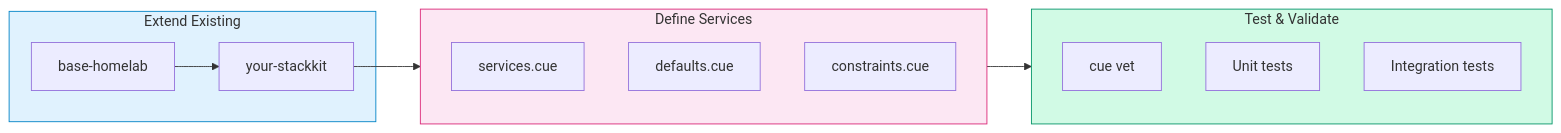
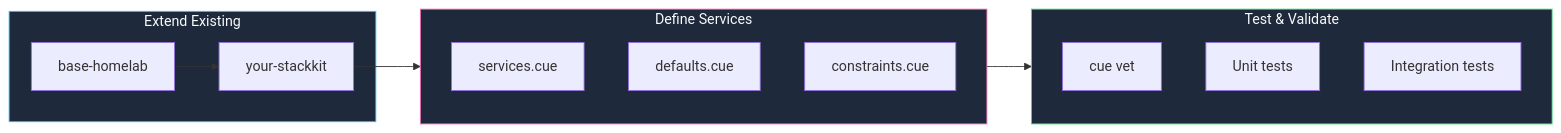
Before and after one commit to KombiverseLabs/docs: the fifth of 5 diagrams in concepts/stackkits.mdx, drawn with Mermaid. The commit also changed other lines of this file and 33 other files, not shown here.

````diff
--- a/concepts/stackkits.mdx
+++ b/concepts/stackkits.mdx
@@ -355,26 +355,26 @@
 ```mermaid
 flowchart LR
     subgraph Extend["Extend Existing"]
         Base["base-homelab"]
         Custom["your-stackkit"]
         Base --> Custom
     end
 
     subgraph Define["Define Services"]
         CUE["services.cue"]
         Config["defaults.cue"]
         Constrain["constraints.cue"]
     end
 
     subgraph Test["Test & Validate"]
         Validate["cue vet"]
         Unit["Unit tests"]
         Integration["Integration tests"]
     end
 
     Custom --> Define --> Test
 
-    style Extend fill:#e0f2fe,stroke:#0284c7
-    style Define fill:#fce7f3,stroke:#db2777
-    style Test fill:#d1fae5,stroke:#059669
+    style Extend fill:#1e293b,stroke:#38bdf8,color:#f8fafc
+    style Define fill:#1e293b,stroke:#f472b6,color:#f8fafc
+    style Test fill:#1e293b,stroke:#4ade80,color:#f8fafc
 ```
````
